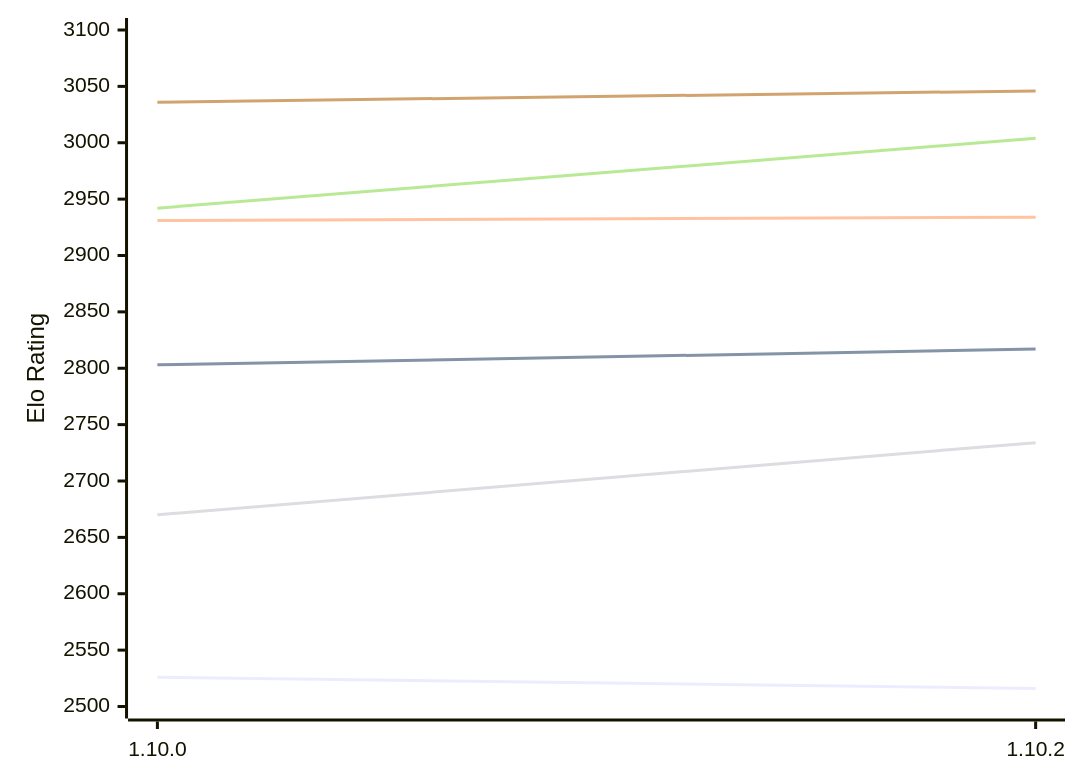
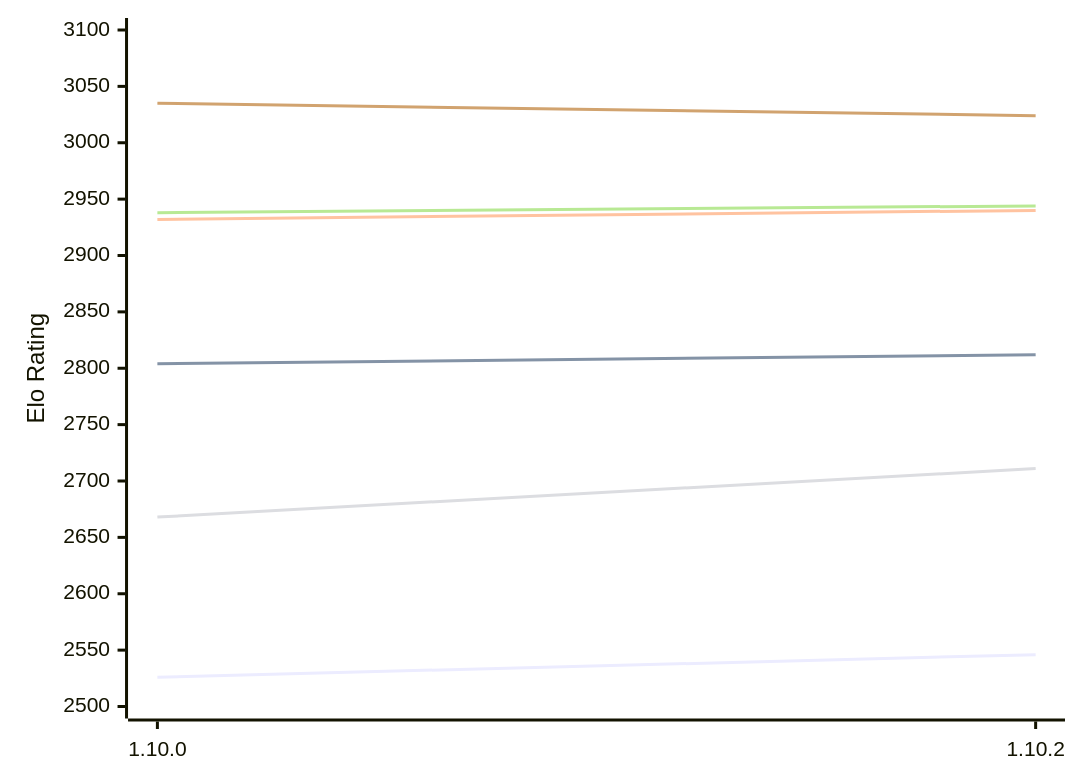
The first of 2 diagrams in engines/Basilisk.md (computer-chess-index/cci), drawn with Mermaid before and after one commit. The commit also changed other lines of this file, not shown here.

Commit message:
Update CCI Ratings (ELO VLTC) - 2026-10-15

````diff
--- a/engines/Basilisk.md
+++ b/engines/Basilisk.md
@@ -61,12 +61,12 @@
 ```mermaid
 %%{init: {"theme":"base","themeVariables":{"seriesColors:['#a3a3a3','#222221','#faa371']}}}%%
 xychart-beta
   x-axis ["1.10.0", "1.10.2"]
   y-axis "Elo Rating" 2500 --> 3100
-  line "E1: STC (8.0+0.08s)" [2526, 2516]
-  line "E1: LTC (60.0+0.60s)" [2803, 2817]
-  line "E1: VLTC (2m24s+1.12s)" [2931, 2934]
-  line "P1: STC (8.0+0.08s)" [2670, 2734]
-  line "P1: LTC (60.0+0.60s)" [2942, 3004]
-  line "P1: VLTC (2m24s+1.12s)" [3036, 3046]
+  line "E1: STC (8.0+0.08s)" [2526, 2546]
+  line "E1: LTC (60.0+0.60s)" [2804, 2812]
+  line "E1: VLTC (2m24s+1.12s)" [2932, 2940]
+  line "P1: STC (8.0+0.08s)" [2668, 2711]
+  line "P1: LTC (60.0+0.60s)" [2938, 2944]
+  line "P1: VLTC (2m24s+1.12s)" [3035, 3024]
 ```
````
